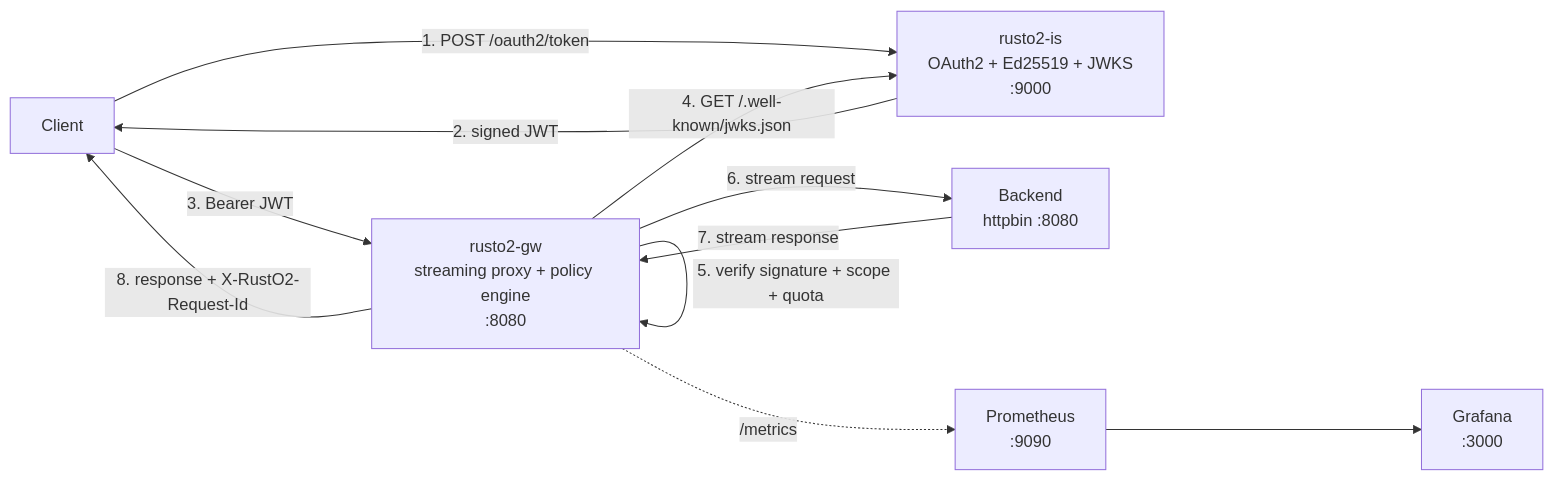
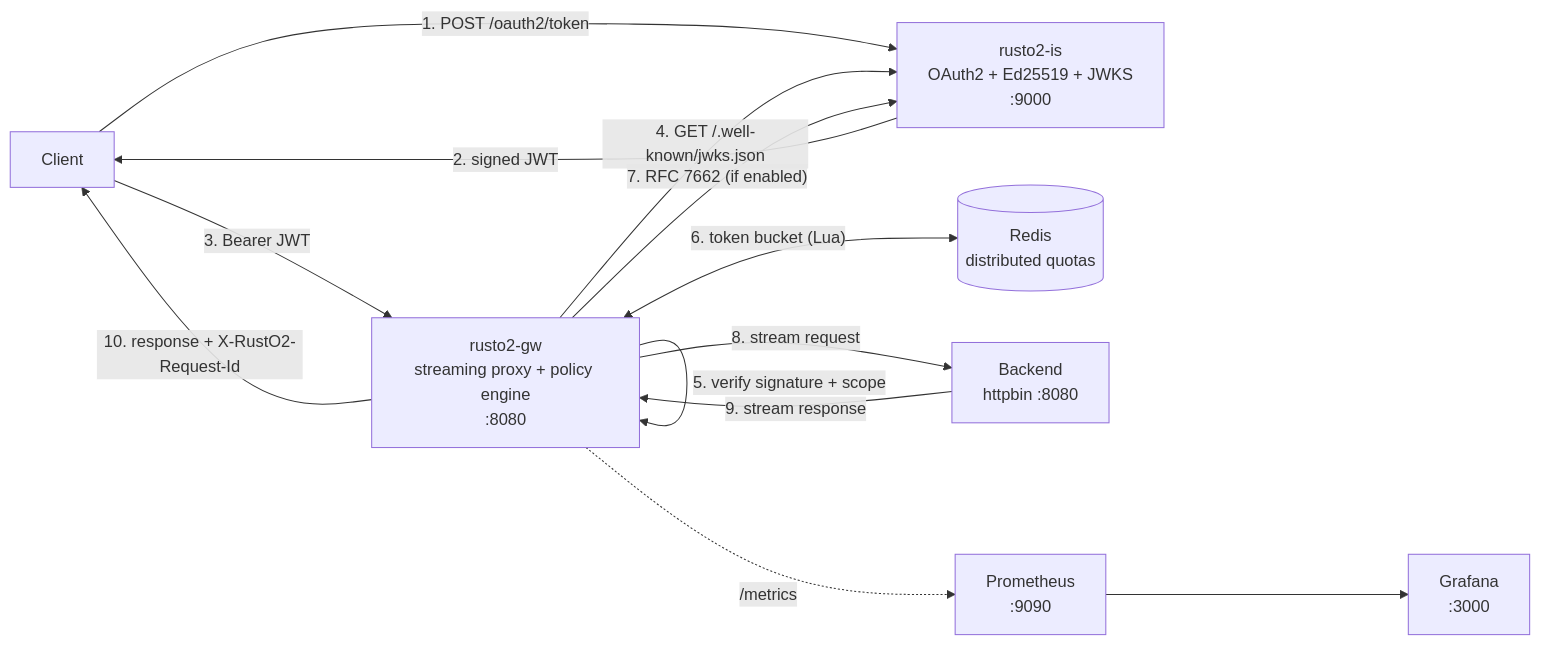
One commit to togioia/RustO2 changed the first of 2 diagrams in README.md. Above: the diagram before and after it, drawn with Mermaid. The commit also changed other lines of this file and 73 other files, not shown here.

First line of the commit message:
feat: distributed quotas, revocation, Kubernetes and supply chain

````diff
--- a/README.md
+++ b/README.md
@@ -74,20 +79,23 @@
 ```mermaid
 flowchart LR
     C["Client"]
     IS["rusto2-is<br/>OAuth2 + Ed25519 + JWKS<br/>:9000"]
     GW["rusto2-gw<br/>streaming proxy + policy engine<br/>:8080"]
+    R[("Redis<br/>distributed quotas")]
     B["Backend<br/>httpbin :8080"]
     P["Prometheus<br/>:9090"]
     G["Grafana<br/>:3000"]
 
     C -->|"1. POST /oauth2/token"| IS
     IS -->|"2. signed JWT"| C
     C -->|"3. Bearer JWT"| GW
     GW -->|"4. GET /.well-known/jwks.json"| IS
-    GW -->|"5. verify signature + scope + quota"| GW
-    GW -->|"6. stream request"| B
-    B -->|"7. stream response"| GW
-    GW -->|"8. response + X-RustO2-Request-Id"| C
+    GW -->|"5. verify signature + scope"| GW
+    GW <-->|"6. token bucket (Lua)"| R
+    GW -->|"7. RFC 7662 (if enabled)"| IS
+    GW -->|"8. stream request"| B
+    B -->|"9. stream response"| GW
+    GW -->|"10. response + X-RustO2-Request-Id"| C
     GW -.->|"/metrics"| P
     P --> G
 ```
````
